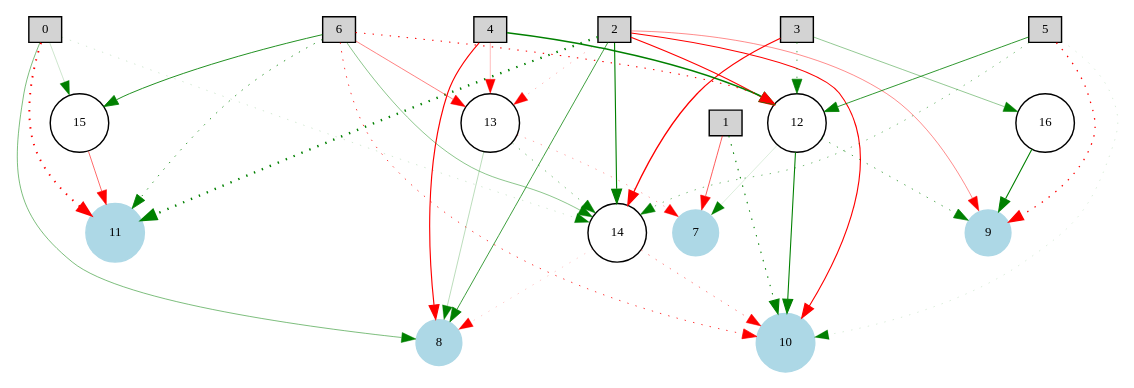
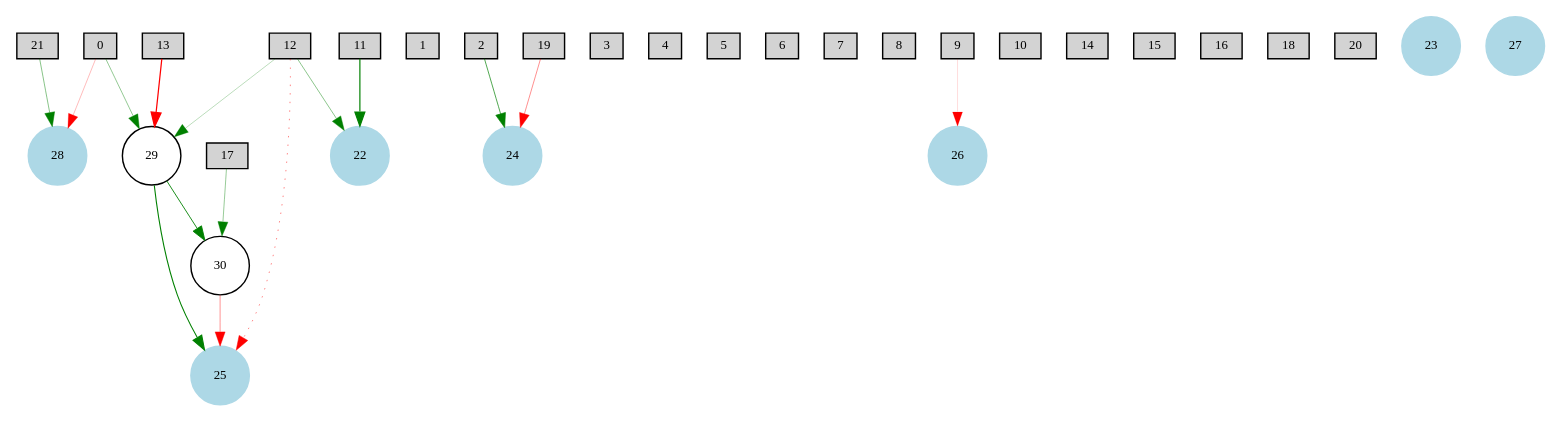
One commit to joel-simon/evoDesign changed the diagram in neuralevolution/logs/letter_L_8x8/1/Digraph.gv. Above: the diagram before and after it, drawn with Graphviz. The commit also changed 55 other files, not shown here.

```diff
--- a/neuralevolution/logs/letter_L_8x8/1/Digraph.gv
+++ b/neuralevolution/logs/letter_L_8x8/1/Digraph.gv
@@ -1,54 +1,47 @@
 digraph {
 	node [fontsize=9 height=0.2 shape=circle width=0.2]
 		0 [shape=box style=filled]
 		1 [shape=box style=filled]
 		2 [shape=box style=filled]
 		3 [shape=box style=filled]
 		4 [shape=box style=filled]
 		5 [shape=box style=filled]
 		6 [shape=box style=filled]
-		7 [color=lightblue style=filled]
-		8 [color=lightblue style=filled]
-		9 [color=lightblue style=filled]
-		10 [color=lightblue style=filled]
-		11 [color=lightblue style=filled]
-			5 -> 9 [color=red penwidth=0.9051311674995155 style=dotted]
-			14 -> 10 [color=red penwidth=0.3596129719990714 style=dotted]
-			4 -> 8 [color=red penwidth=0.8041002039086261 style=solid]
-			6 -> 11 [color=green penwidth=0.5713219184281495 style=dotted]
-			0 -> 14 [color=green penwidth=0.1312632196842103 style=dotted]
-			12 -> 7 [color=green penwidth=0.10009156911714116 style=solid]
-			2 -> 10 [color=red penwidth=0.7879626209854483 style=solid]
-			1 -> 10 [color=green penwidth=0.7577521464809032 style=dotted]
-			4 -> 12 [color=green penwidth=1.0880615131098799 style=solid]
-			2 -> 12 [color=red penwidth=0.9092204426435222 style=solid]
-			13 -> 8 [color=green penwidth=0.1930392677890691 style=solid]
-			12 -> 10 [color=green penwidth=0.7591081598924976 style=solid]
-			6 -> 12 [color=red penwidth=0.7332269701915937 style=dotted]
-			2 -> 14 [color=green penwidth=0.7888383818426071 style=solid]
-			12 -> 9 [color=green penwidth=0.47693270801044785 style=dotted]
-			3 -> 14 [color=red penwidth=0.9299497637756193 style=solid]
-			6 -> 14 [color=green penwidth=0.3231457819992729 style=solid]
-			4 -> 13 [color=red penwidth=0.19324546608000442 style=solid]
-			0 -> 8 [color=green penwidth=0.3632983278937031 style=solid]
-			5 -> 10 [color=green penwidth=0.1110268448466114 style=dotted]
-			0 -> 15 [color=green penwidth=0.1369247115465967 style=solid]
-			2 -> 9 [color=red penwidth=0.3228086439840696 style=solid]
-			15 -> 11 [color=red penwidth=0.41177887001032065 style=solid]
-			13 -> 14 [color=green penwidth=0.38322250724342233 style=dotted]
-			5 -> 12 [color=green penwidth=0.5723775590335887 style=solid]
-			6 -> 10 [color=red penwidth=0.5441958716564734 style=dotted]
-			2 -> 11 [color=green penwidth=1.6483942358177248 style=dotted]
-			2 -> 13 [color=red penwidth=0.20315101425246176 style=dotted]
-			14 -> 8 [color=red penwidth=0.1484219979189331 style=dotted]
-			5 -> 14 [color=green penwidth=0.37114677742868274 style=dotted]
-			16 -> 9 [color=green penwidth=0.7721567207720741 style=solid]
-			0 -> 11 [color=red penwidth=1.3766761417492057 style=dotted]
-			13 -> 7 [color=red penwidth=0.25093149115097413 style=dotted]
-			6 -> 13 [color=red penwidth=0.35203203984210585 style=solid]
-			1 -> 7 [color=red penwidth=0.4467077157321854 style=solid]
-			3 -> 16 [color=green penwidth=0.30000000000000004 style=solid]
-			3 -> 12 [color=green penwidth=0.48673372752345523 style=dotted]
-			6 -> 15 [color=green penwidth=0.6096967647977531 style=solid]
-			2 -> 8 [color=green penwidth=0.5290115247699684 style=solid]
+		7 [shape=box style=filled]
+		8 [shape=box style=filled]
+		9 [shape=box style=filled]
+		10 [shape=box style=filled]
+		11 [shape=box style=filled]
+		12 [shape=box style=filled]
+		13 [shape=box style=filled]
+		14 [shape=box style=filled]
+		15 [shape=box style=filled]
+		16 [shape=box style=filled]
+		17 [shape=box style=filled]
+		18 [shape=box style=filled]
+		19 [shape=box style=filled]
+		20 [shape=box style=filled]
+		21 [shape=box style=filled]
+		22 [color=lightblue style=filled]
+		23 [color=lightblue style=filled]
+		24 [color=lightblue style=filled]
+		25 [color=lightblue style=filled]
+		26 [color=lightblue style=filled]
+		27 [color=lightblue style=filled]
+		28 [color=lightblue style=filled]
+			9 -> 26 [color=red penwidth=0.10373197890429263 style=solid]
+			29 -> 30 [color=green penwidth=0.6151546154730697 style=solid]
+			17 -> 30 [color=green penwidth=0.2892765529696531 style=solid]
+			21 -> 28 [color=green penwidth=0.3331050183435872 style=solid]
+			12 -> 25 [color=red penwidth=0.34196010825692214 style=dotted]
+			11 -> 22 [color=green penwidth=0.8309017713664156 style=solid]
+			19 -> 24 [color=red penwidth=0.3080311361563268 style=solid]
+			13 -> 29 [color=red penwidth=0.8610142042574285 style=solid]
+			29 -> 25 [color=green penwidth=0.7456407022333333 style=solid]
+			12 -> 29 [color=green penwidth=0.18667083830864062 style=solid]
+			2 -> 24 [color=green penwidth=0.47703899499744784 style=solid]
+			30 -> 25 [color=red penwidth=0.30023326701478315 style=solid]
+			0 -> 29 [color=green penwidth=0.2970647451288461 style=solid]
+			12 -> 22 [color=green penwidth=0.31947156335169735 style=solid]
+			0 -> 28 [color=red penwidth=0.18891658460336036 style=solid]
 }
```
